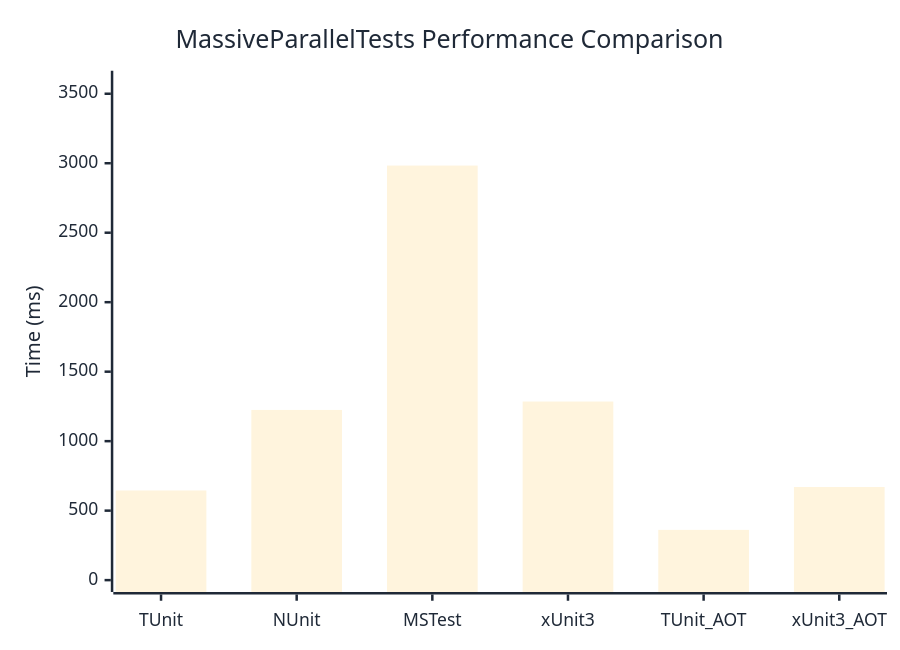
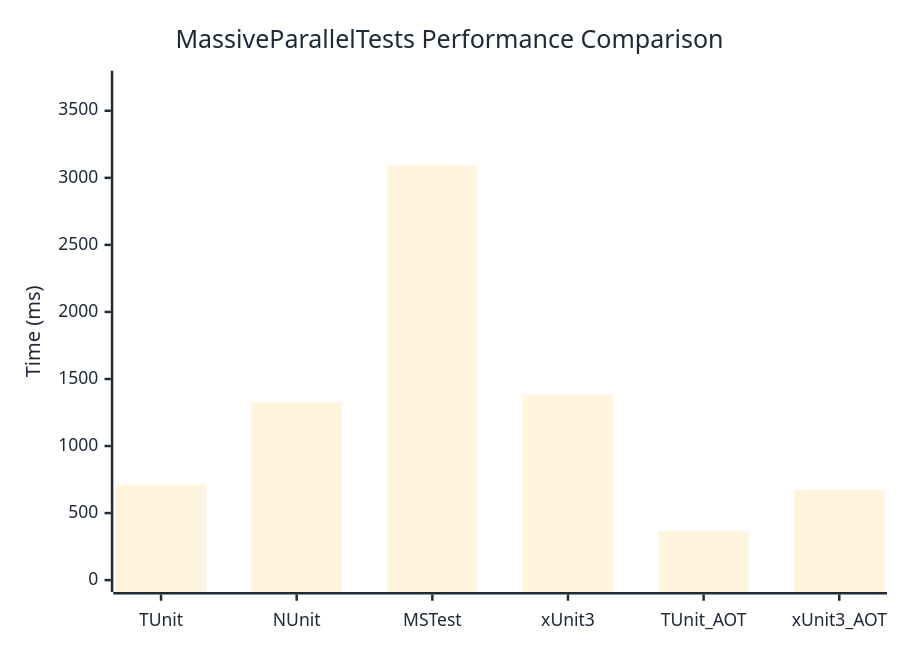
Before and after one commit to thomhurst/TUnit: the diagram in docs/docs/benchmarks/engine/MassiveParallelTests.md, drawn with Mermaid. The commit also changed other lines of this file and 18 other files, not shown here.

````diff
--- a/docs/docs/benchmarks/engine/MassiveParallelTests.md
+++ b/docs/docs/benchmarks/engine/MassiveParallelTests.md
@@ -30,37 +30,37 @@
 ```mermaid
 %%{init: {
   'theme':'base',
   'themeVariables': {
     'primaryColor': '#2563eb',
     'primaryTextColor': '#1f2937',
     'primaryBorderColor': '#1e40af',
     'lineColor': '#6b7280',
     'secondaryColor': '#7c3aed',
     'tertiaryColor': '#dc2626',
     'background': '#ffffff',
     'mainBkg': '#2563eb',
     'secondBkg': '#7c3aed',
     'tertiaryBkg': '#dc2626',
     'clusterBkg': '#f3f4f6',
     'edgeLabelBackground': '#ffffff',
     'tertiaryTextColor': '#1f2937',
     'pie1': '#2563eb',
     'pie2': '#7c3aed',
     'pie3': '#dc2626',
     'pie4': '#f59e0b',
     'pie5': '#10b981',
     'pie6': '#06b6d4',
     'pie7': '#ec4899',
     'pie8': '#6366f1',
     'pie9': '#84cc16',
     'pie10': '#f97316',
     'pie11': '#14b8a6',
     'pie12': '#a855f7'
   }
 }}%%
 xychart-beta
   title "MassiveParallelTests Performance Comparison"
   x-axis ["TUnit", "NUnit", "MSTest", "xUnit3", "TUnit_AOT", "xUnit3_AOT"]
-  y-axis "Time (ms)" 0 --> 3580
-  bar [645.1, 1224.6, 2983.1, 1285.1, 361.6, 670.2]
+  y-axis "Time (ms)" 0 --> 3710
+  bar [711.1, 1327.5, 3091.3, 1381.2, 365.7, 673.6]
 ```
````
